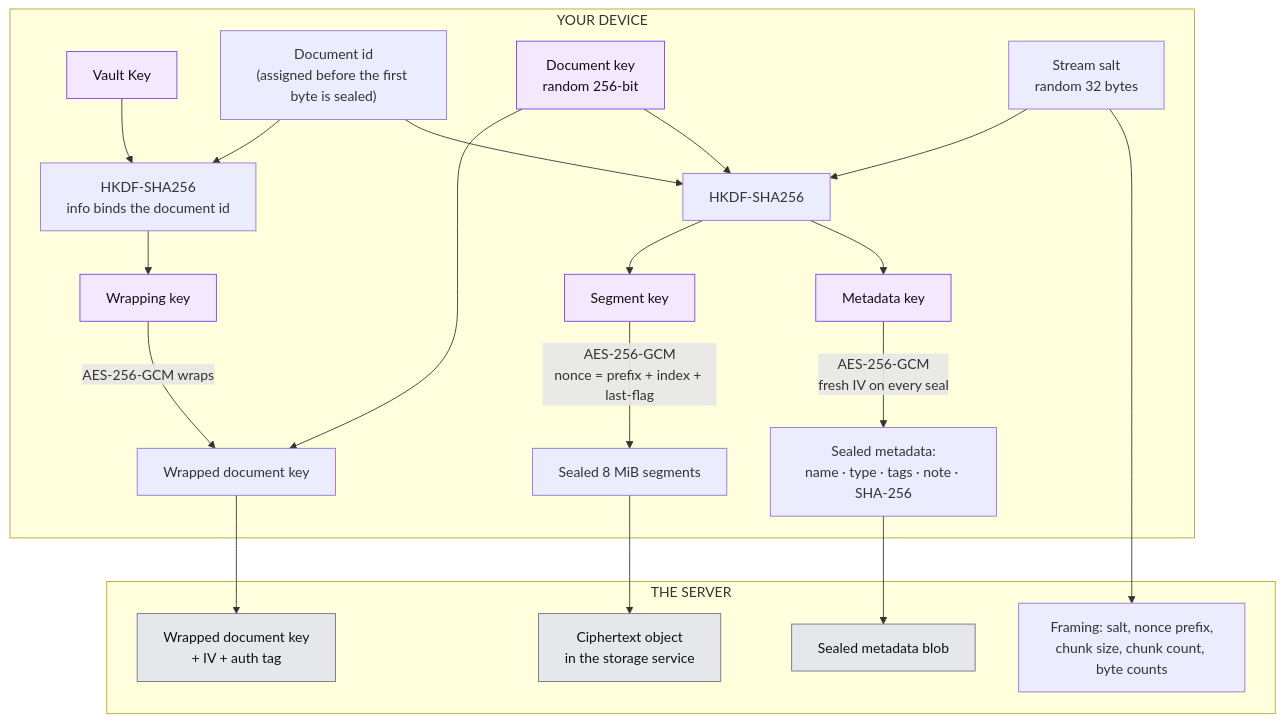
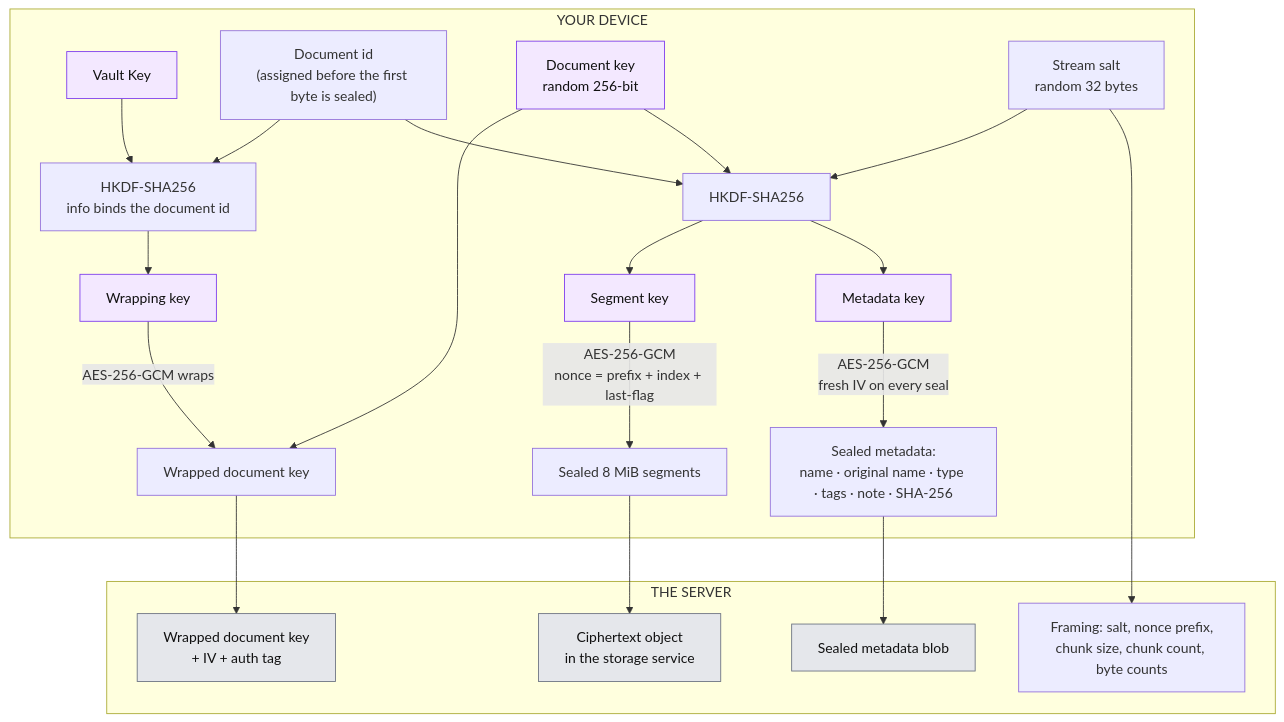
One commit to Hiprax/h-vault changed the third of 4 diagrams in README.md. Above: the diagram before and after it, drawn with Mermaid. The commit also changed other lines of this file and 93 other files, not shown here.

````diff
--- a/README.md
+++ b/README.md
@@ -450,37 +482,37 @@
 ```mermaid
 flowchart TD
     subgraph client["YOUR DEVICE"]
         VK["Vault Key"]
         ID["Document id<br/>(assigned before the first byte is sealed)"]
         DEK["Document key<br/>random 256-bit"]
         VK --> HK["HKDF-SHA256<br/>info binds the document id"]
         ID --> HK
         HK --> WK["Wrapping key"]
         WK -->|"AES-256-GCM wraps"| WDEK["Wrapped document key"]
         DEK --> WDEK
         SALT["Stream salt<br/>random 32 bytes"] --> HK2["HKDF-SHA256"]
         DEK --> HK2
         ID --> HK2
         HK2 --> SK["Segment key"]
         HK2 --> MK["Metadata key"]
         SK -->|"AES-256-GCM<br/>nonce = prefix + index + last-flag"| SEG["Sealed 8 MiB segments"]
-        MK -->|"AES-256-GCM<br/>fresh IV on every seal"| META["Sealed metadata:<br/>name · type · tags · note · SHA-256"]
+        MK -->|"AES-256-GCM<br/>fresh IV on every seal"| META["Sealed metadata:<br/>name · original name · type · tags · note · SHA-256"]
     end
 
     subgraph server["THE SERVER"]
         SW["Wrapped document key<br/>+ IV + auth tag"]
         SM["Sealed metadata blob"]
         SF["Framing: salt, nonce prefix,<br/>chunk size, chunk count, byte counts"]
         SO["Ciphertext object<br/>in the storage service"]
     end
 
     WDEK --> SW
     META --> SM
     SEG --> SO
     SALT --> SF
 
     classDef secret fill:#f3e8ff,stroke:#7c3aed,color:#111
     classDef opaque fill:#e5e7eb,stroke:#6b7280,color:#111
     class VK,DEK,WK,SK,MK secret
     class SW,SM,SO opaque
 ```
````
